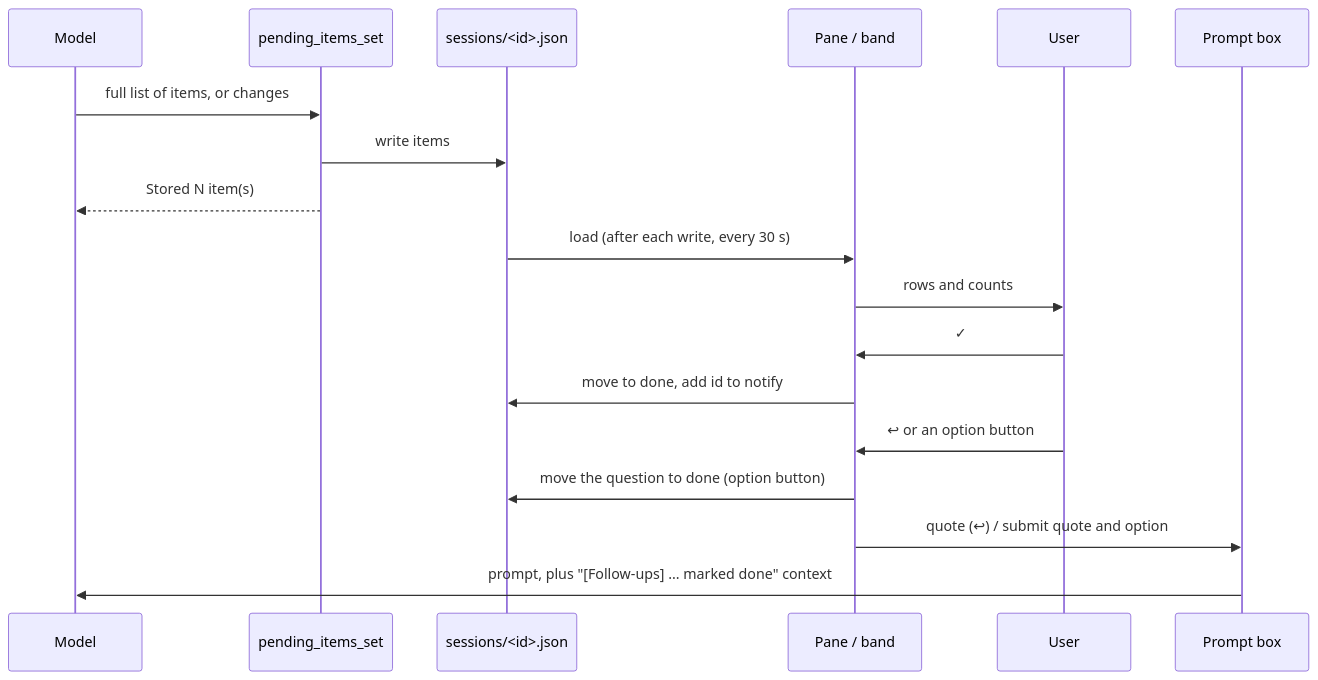
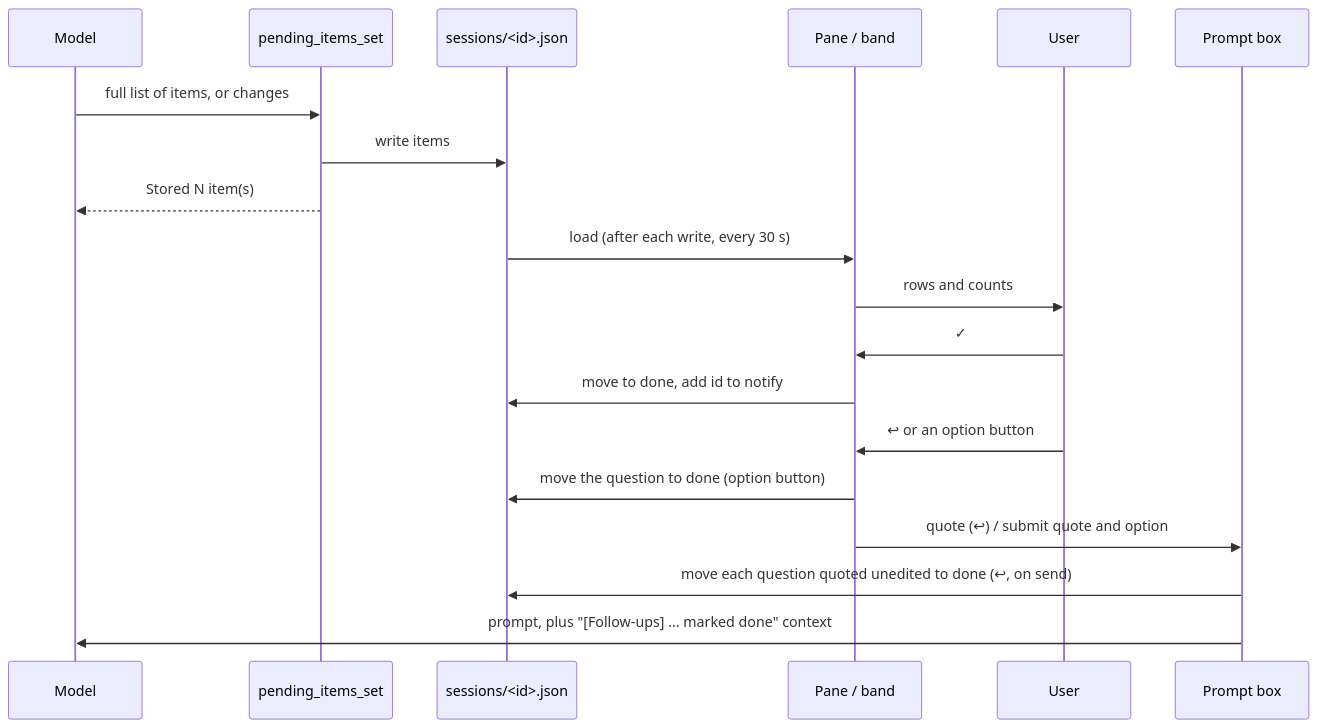
Before and after one commit to hota911/claude-follow-ups: the diagram in README.md, drawn with Mermaid. The commit also changed other lines of this file and 5 other files, not shown here.

First line of the commit message:
Mark a question done when its ↩ quote is sent

````diff
--- a/README.md
+++ b/README.md
@@ -145,20 +145,21 @@
 ```mermaid
 sequenceDiagram
     participant M as Model
     participant T as pending_items_set
     participant F as sessions/<id>.json
     participant P as Pane / band
     participant U as User
     participant B as Prompt box
     M->>T: full list of items, or changes
     T->>F: write items
     T-->>M: Stored N item(s)
     F->>P: load (after each write, every 30 s)
     P->>U: rows and counts
     U->>P: ✓
     P->>F: move to done, add id to notify
     U->>P: ↩ or an option button
     P->>F: move the question to done (option button)
     P->>B: quote (↩) / submit quote and option
+    B->>F: move each question quoted unedited to done (↩, on send)
     B->>M: prompt, plus "[Follow-ups] ... marked done" context
 ```
````
